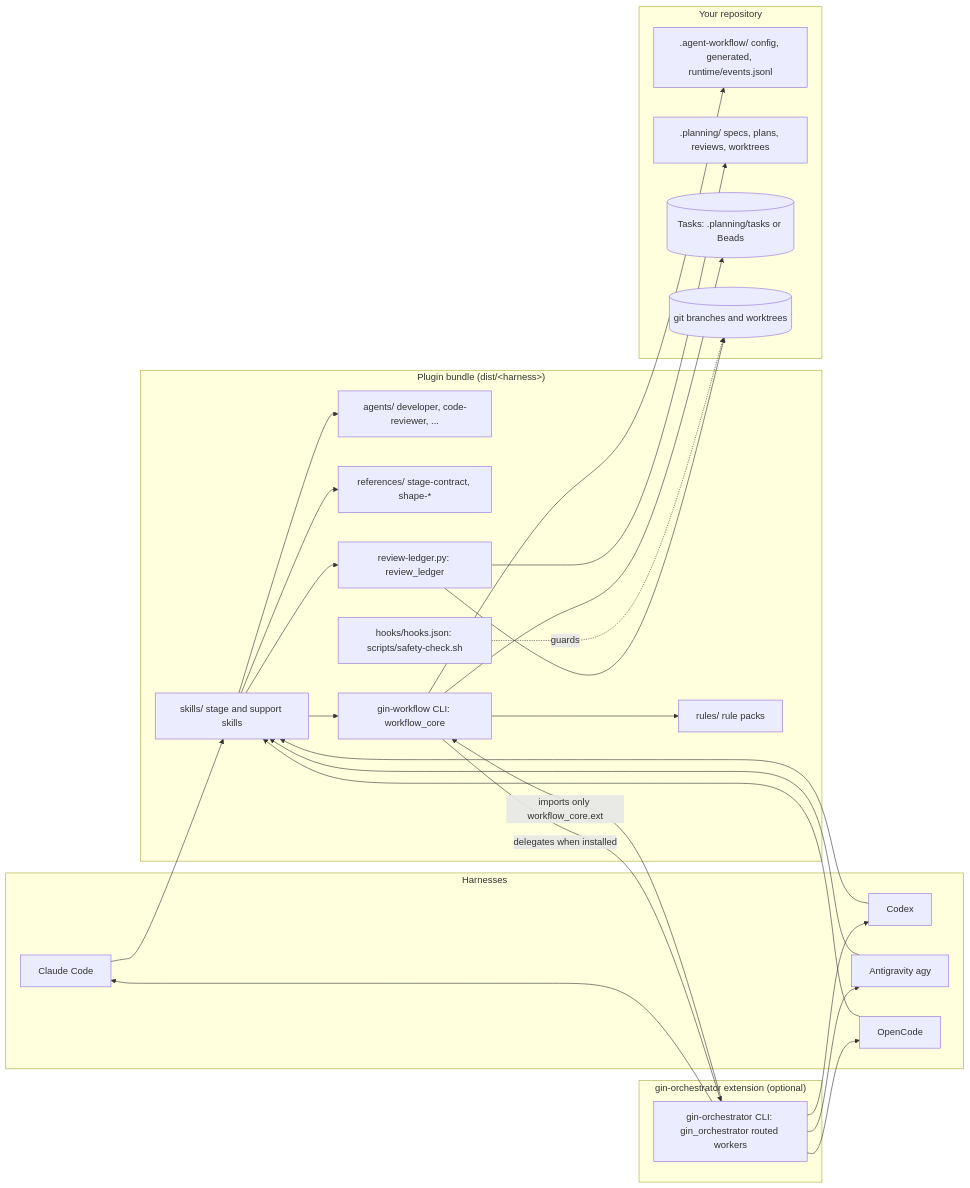
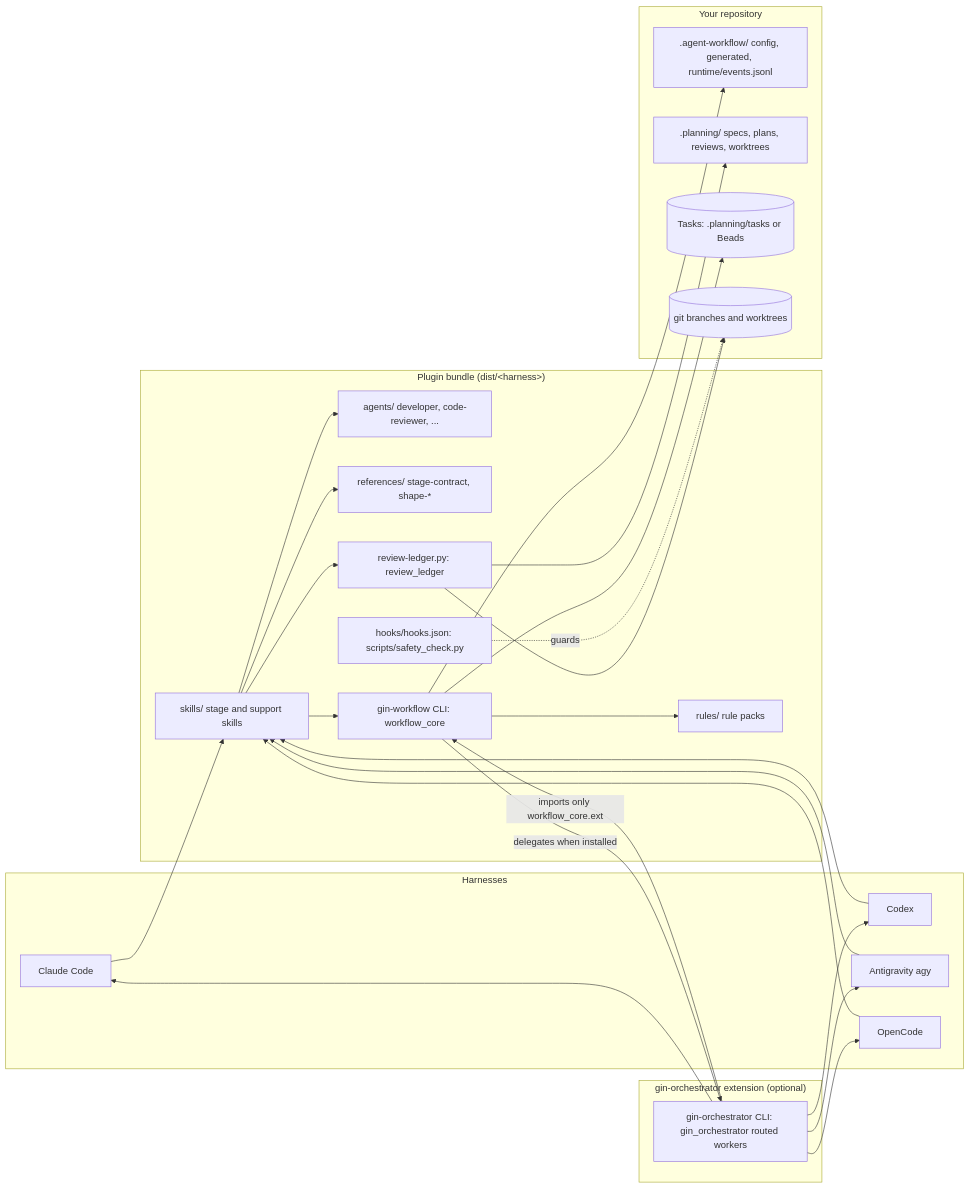
Before and after one commit to giangdhwhtbr/gin-workflow: the first of 6 diagrams in docs/concepts/architecture.md, drawn with Mermaid. The commit also changed 79 other files, not shown here.

````diff
--- a/docs/concepts/architecture.md
+++ b/docs/concepts/architecture.md
@@ -7,41 +7,41 @@
 ```mermaid
 flowchart LR
     subgraph Harnesses
         CC[Claude Code]
         CX[Codex]
         AG[Antigravity agy]
         OC[OpenCode]
     end
     subgraph Bundle["Plugin bundle (dist/&lt;harness&gt;)"]
         SK[skills/ stage and support skills]
         AGT[agents/ developer, code-reviewer, ...]
         REF[references/ stage-contract, shape-*]
         RUL[rules/ rule packs]
-        HK[hooks/hooks.json: scripts/safety-check.sh]
+        HK[hooks/hooks.json: scripts/safety_check.py]
         CLI[gin-workflow CLI: workflow_core]
         RL[review-ledger.py: review_ledger]
     end
     subgraph EXT["gin-orchestrator extension (optional)"]
         ORC[gin-orchestrator CLI: gin_orchestrator routed workers]
     end
     subgraph Repo["Your repository"]
         CFG[.agent-workflow/ config, generated, runtime/events.jsonl]
         PLN[.planning/ specs, plans, reviews, worktrees]
         TK[(Tasks: .planning/tasks or Beads)]
         GIT[(git branches and worktrees)]
     end
     CC & CX & AG & OC --> SK
     SK --> AGT
     SK --> REF
     SK --> CLI
     SK --> RL
     CLI --> RUL
     CLI --> CFG
     CLI --> TK
     RL --> PLN
     RL --> GIT
     CLI -->|delegates when installed| ORC
     ORC -->|imports only workflow_core.ext| CLI
     ORC --> CC & CX & AG & OC
     HK -.guards.-> GIT
 ```
````
